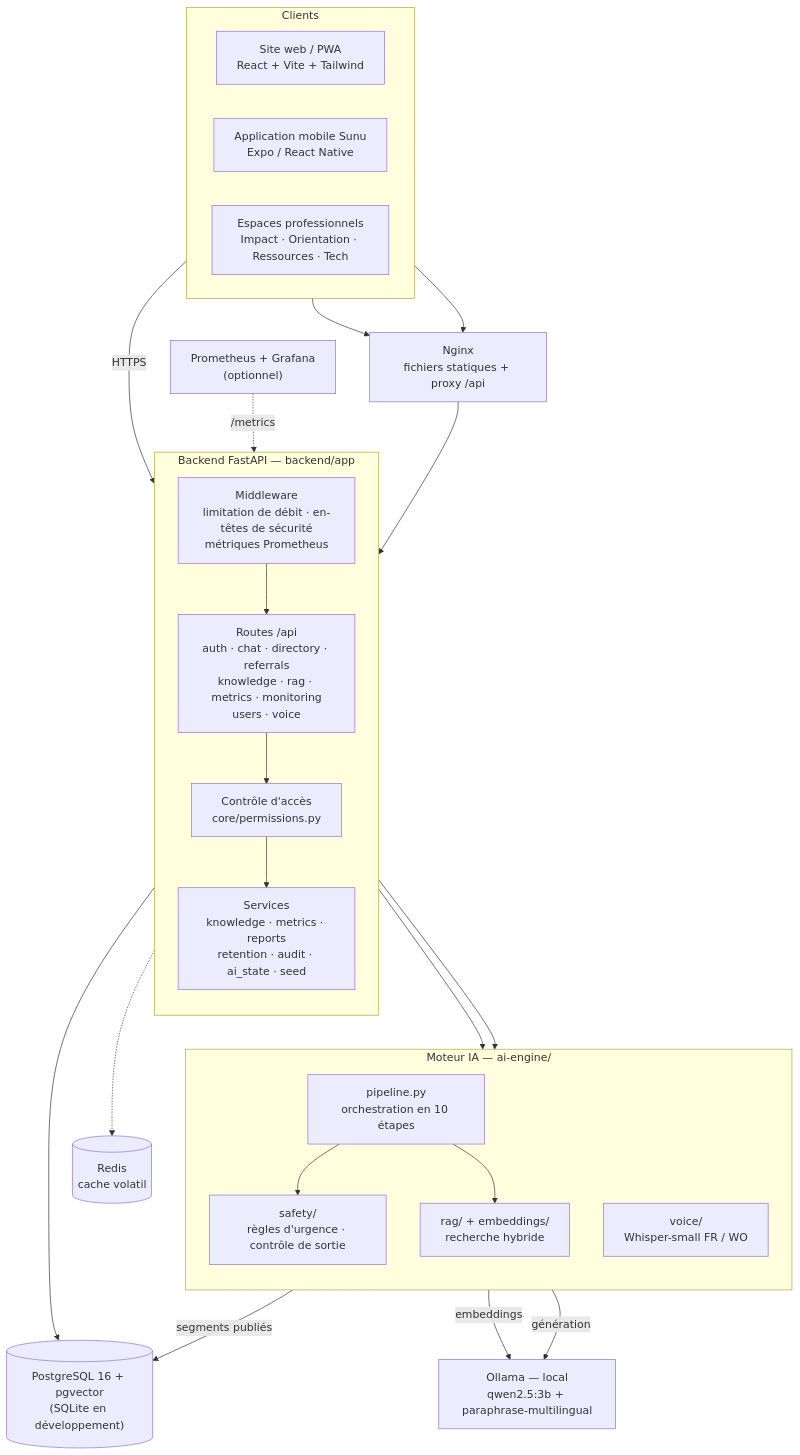
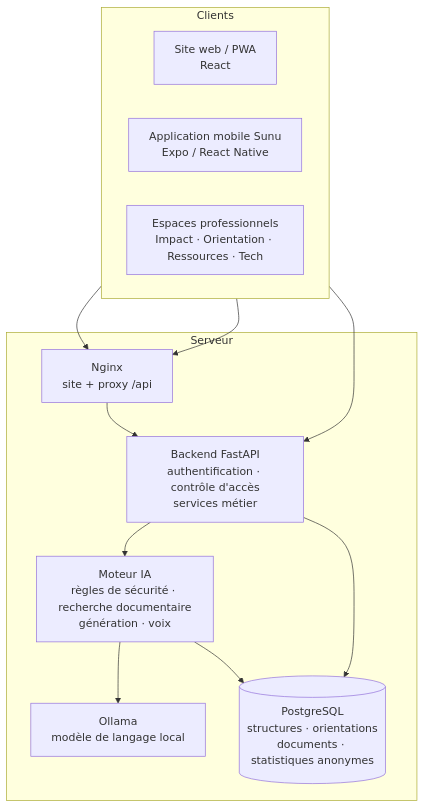
Before and after one commit to Dioumadev221/SUNUSAFEGUARD: the first of 3 diagrams in README.fr.md, drawn with Mermaid. The commit also changed other lines of this file and 1 other file, not shown here.

````diff
--- a/README.fr.md
+++ b/README.fr.md
@@ -101,48 +89,26 @@
 ```mermaid
 flowchart TB
     subgraph CLIENTS["Clients"]
         direction LR
-        WEB["Site web / PWA<br/>React + Vite + Tailwind"]
+        WEB["Site web / PWA<br/>React"]
         MOB["Application mobile Sunu<br/>Expo / React Native"]
         PRO["Espaces professionnels<br/>Impact · Orientation · Ressources · Tech"]
     end
 
-    NGINX["Nginx<br/>fichiers statiques + proxy /api"]
-
-    subgraph API["Backend FastAPI — backend/app"]
-        direction TB
-        ROUTES["Routes /api<br/>auth · chat · directory · referrals<br/>knowledge · rag · metrics · monitoring<br/>users · voice"]
-        MW["Middleware<br/>limitation de débit · en-têtes de sécurité<br/>métriques Prometheus"]
-        RBAC["Contrôle d'accès<br/>core/permissions.py"]
-        SVC["Services<br/>knowledge · metrics · reports<br/>retention · audit · ai_state · seed"]
+    subgraph SERVER["Serveur"]
+        NGINX["Nginx<br/>site + proxy /api"]
+        API["Backend FastAPI<br/>authentification · contrôle d'accès<br/>services métier"]
+        AI["Moteur IA<br/>règles de sécurité · recherche documentaire<br/>génération · voix"]
+        OLLAMA["Ollama<br/>modèle de langage local"]
+        DB[("PostgreSQL<br/>structures · orientations<br/>documents · statistiques anonymes")]
     end
-
-    subgraph AI["Moteur IA — ai-engine/"]
-        direction TB
-        PIPE["pipeline.py<br/>orchestration en 10 étapes"]
-        SAFE["safety/<br/>règles d'urgence · contrôle de sortie"]
-        RAG["rag/ + embeddings/<br/>recherche hybride"]
-        VOICE["voice/<br/>Whisper-small FR / WO"]
-    end
-
-    DB[("PostgreSQL 16 + pgvector<br/>(SQLite en développement)")]
-    OLLAMA["Ollama — local<br/>qwen2.5:3b + paraphrase-multilingual"]
-    REDIS[("Redis<br/>cache volatil")]
-    PROM["Prometheus + Grafana<br/>(optionnel)"]
 
     WEB --> NGINX
     PRO --> NGINX
-    MOB -->|HTTPS| API
+    MOB --> API
     NGINX --> API
-    MW --> ROUTES --> RBAC --> SVC
-    ROUTES --> PIPE
-    ROUTES --> VOICE
-    PIPE --> SAFE
-    PIPE --> RAG
-    PIPE -->|génération| OLLAMA
-    RAG -->|embeddings| OLLAMA
-    SVC --> DB
-    RAG -->|segments publiés| DB
-    API -.-> REDIS
-    PROM -.->|/metrics| API
+    API --> AI
+    AI --> OLLAMA
+    API --> DB
+    AI --> DB
 ```
````
